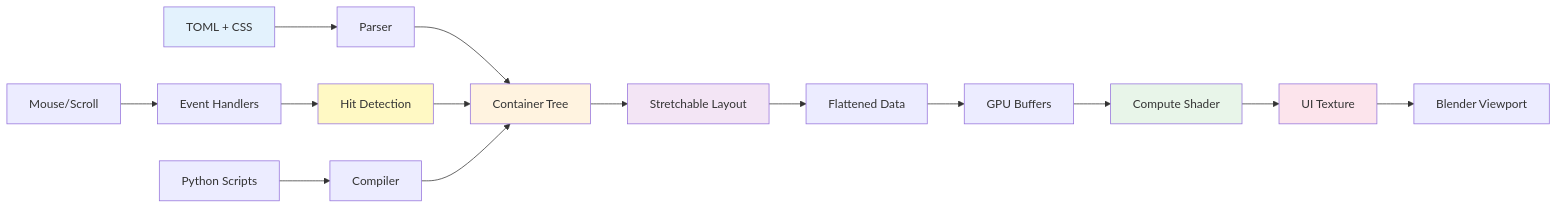
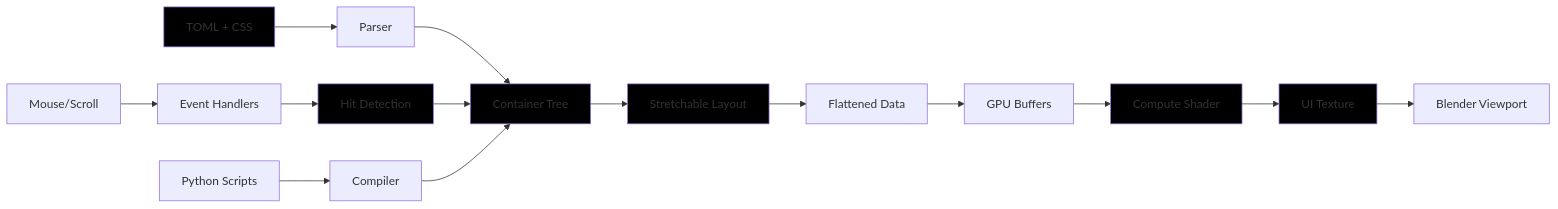
One commit to nicolaiprodromov/puree changed the diagram in README.md. Above: the diagram before and after it, drawn with Mermaid.

Commit message:
fix: black graph cells

````diff
--- a/README.md
+++ b/README.md
@@ -213,26 +213,26 @@
 ```mermaid
 graph LR
     A[TOML + CSS] --> B[Parser]
     B --> C[Container Tree]
     C --> D[Stretchable Layout]
     D --> E[Flattened Data]
     E --> F[GPU Buffers]
     F --> G[Compute Shader]
     G --> H[UI Texture]
     
     I[Mouse/Scroll] --> J[Event Handlers]
     J --> K[Hit Detection]
     K --> C
     
     L[Python Scripts] --> M[Compiler]
     M --> C
     
     H --> N[Blender Viewport]
     
-    style A fill:#e3f2fd
-    style C fill:#fff3e0
-    style D fill:#f3e5f5
-    style G fill:#e8f5e9
-    style H fill:#fce4ec
-    style K fill:#fff9c4
+    style A fill:#000
+    style C fill:#000
+    style D fill:#000
+    style G fill:#000
+    style H fill:#000
+    style K fill:#000
 ```
````
